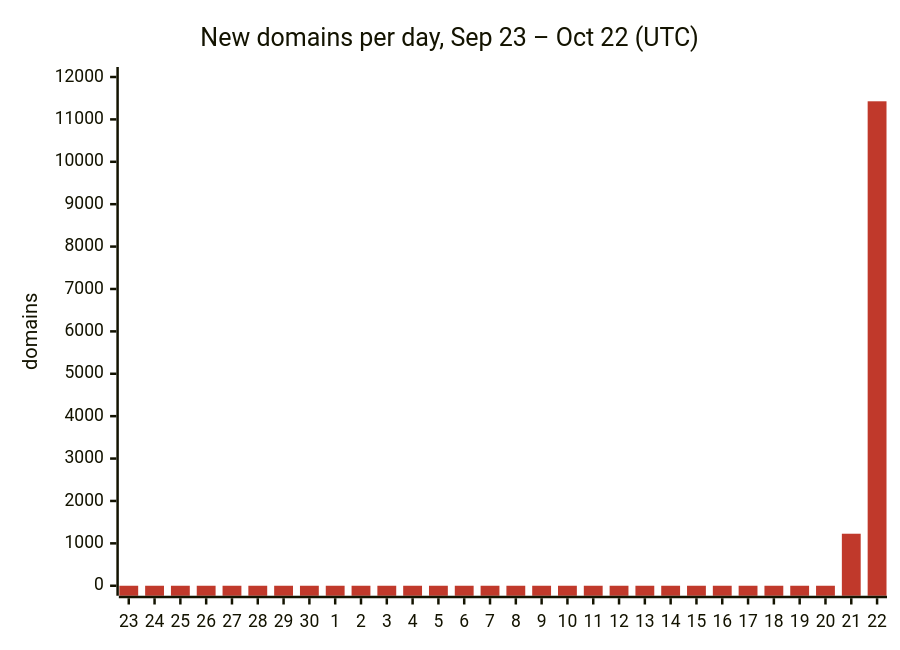
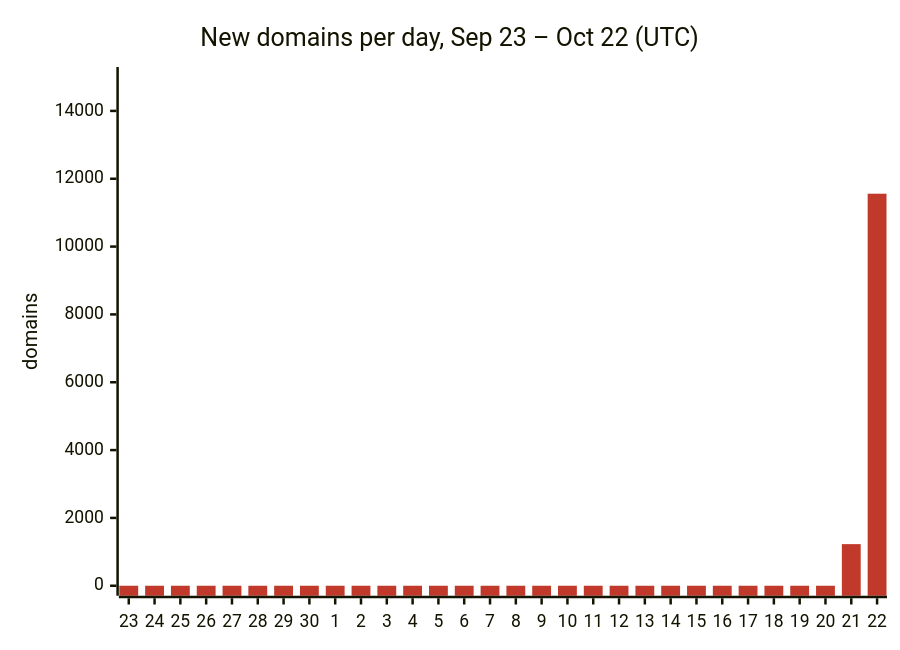
Before and after one commit to DNSBunker/CTI: the first of 3 diagrams in README.md, drawn with Mermaid. The commit also changed other lines of this file and 3 other files, not shown here.

````diff
--- a/README.md
+++ b/README.md
@@ -29,8 +29,8 @@
 ```mermaid
 %%{init: {"themeVariables": {"xyChart": {"plotColorPalette": "#c0392b"}}}}%%
 xychart-beta
     title "New domains per day, Sep 23 – Oct 22 (UTC)"
     x-axis ["23", "24", "25", "26", "27", "28", "29", "30", "1", "2", "3", "4", "5", "6", "7", "8", "9", "10", "11", "12", "13", "14", "15", "16", "17", "18", "19", "20", "21", "22"]
-    y-axis "domains" 0 --> 12000
-    bar [0, 0, 0, 0, 0, 0, 0, 0, 0, 0, 0, 0, 0, 0, 0, 0, 0, 0, 0, 0, 0, 0, 0, 0, 0, 0, 0, 0, 1227, 11427]
+    y-axis "domains" 0 --> 15000
+    bar [0, 0, 0, 0, 0, 0, 0, 0, 0, 0, 0, 0, 0, 0, 0, 0, 0, 0, 0, 0, 0, 0, 0, 0, 0, 0, 0, 0, 1227, 11559]
 ```
````
